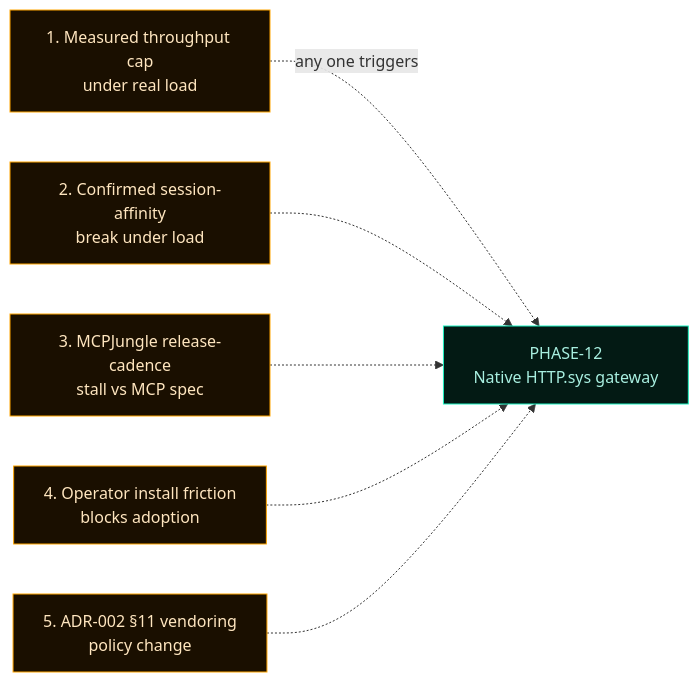
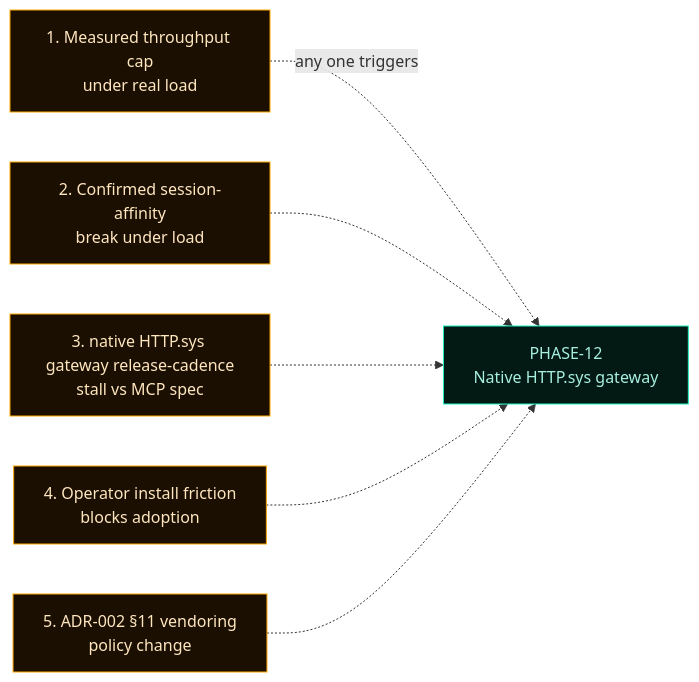
The third of 3 diagrams in docs/wiki/Architecture-Decisions.md (flynn33/Master-Control-Orchestration-Server), drawn with Mermaid before and after one commit. The commit also changed other lines of this file and 69 other files, not shown here.

````diff
--- a/docs/wiki/Architecture-Decisions.md
+++ b/docs/wiki/Architecture-Decisions.md
@@ -126,19 +126,19 @@
 ```mermaid
 flowchart LR
     classDef trigger fill:#1a0f00,stroke:#FFA500,color:#FFE6BF;
     classDef phase fill:#031a14,stroke:#1cf2c1,color:#a8efe0;
 
     T1[1. Measured throughput cap<br/>under real load]:::trigger
     T2[2. Confirmed session-affinity<br/>break under load]:::trigger
-    T3[3. MCPJungle release-cadence<br/>stall vs MCP spec]:::trigger
+    T3[3. native HTTP.sys gateway release-cadence<br/>stall vs MCP spec]:::trigger
     T4[4. Operator install friction<br/>blocks adoption]:::trigger
     T5[5. ADR-002 §11 vendoring<br/>policy change]:::trigger
 
     P12[PHASE-12<br/>Native HTTP.sys gateway]:::phase
 
     T1 -.->|"any one triggers"| P12
     T2 -.-> P12
     T3 -.-> P12
     T4 -.-> P12
     T5 -.-> P12
 ```
````
